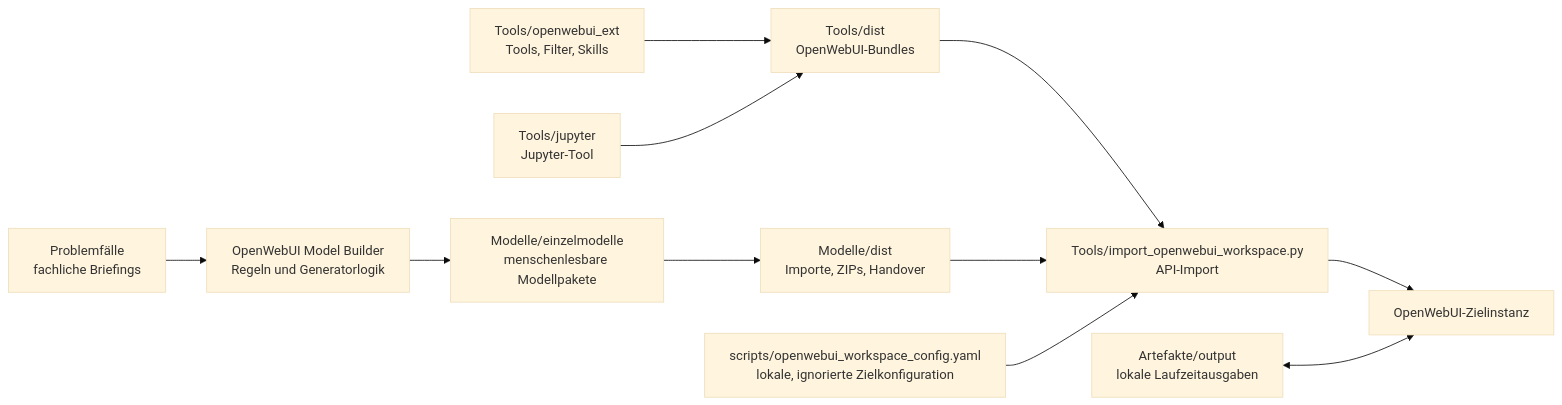
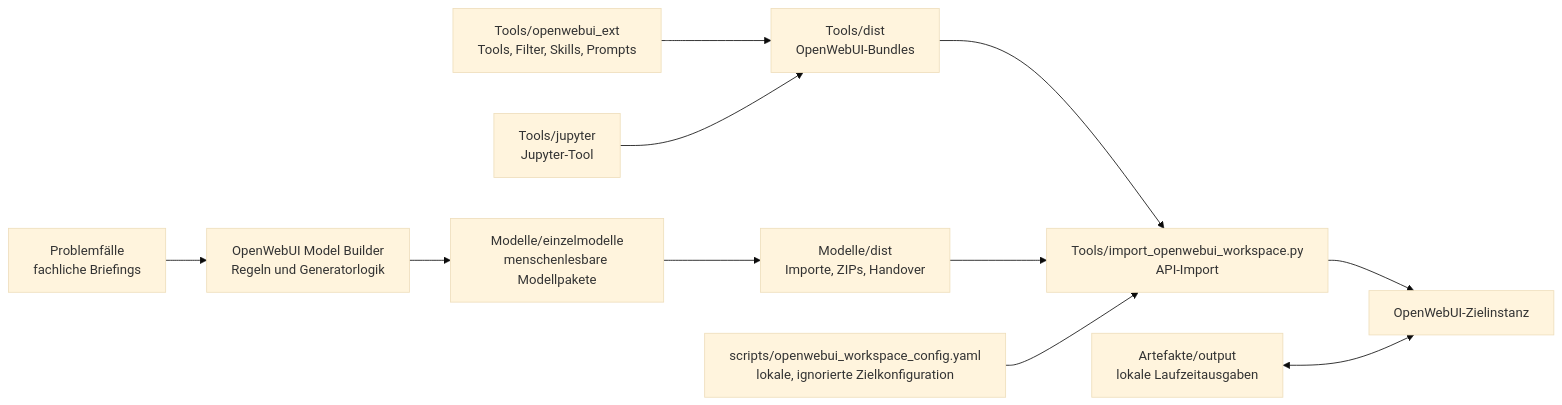
Before and after one commit to adrianweidig/openwebui-workbench: the diagram in docs/ARCHITECTURE.md, drawn with Mermaid (base theme). The commit also changed other lines of this file and 29 other files, not shown here.

Commit message:
Add OpenWebUI resource management to workbench

````diff
--- a/docs/ARCHITECTURE.md
+++ b/docs/ARCHITECTURE.md
@@ -9,13 +9,13 @@
 ```mermaid
 flowchart LR
   Briefings["Problemfälle<br/>fachliche Briefings"] --> Builder["OpenWebUI Model Builder<br/>Regeln und Generatorlogik"]
   Builder --> Models["Modelle/einzelmodelle<br/>menschenlesbare Modellpakete"]
   Models --> Dist["Modelle/dist<br/>Importe, ZIPs, Handover"]
-  Tools["Tools/openwebui_ext<br/>Tools, Filter, Skills"] --> ToolDist["Tools/dist<br/>OpenWebUI-Bundles"]
+  Tools["Tools/openwebui_ext<br/>Tools, Filter, Skills, Prompts"] --> ToolDist["Tools/dist<br/>OpenWebUI-Bundles"]
   Jupyter["Tools/jupyter<br/>Jupyter-Tool"] --> ToolDist
   ToolDist --> Importer["Tools/import_openwebui_workspace.py<br/>API-Import"]
   Dist --> Importer
   Config["scripts/openwebui_workspace_config.yaml<br/>lokale, ignorierte Zielkonfiguration"] --> Importer
   Importer --> OpenWebUI["OpenWebUI-Zielinstanz"]
   Artifacts["Artefakte/output<br/>lokale Laufzeitausgaben"] <--> OpenWebUI
 ```
````
